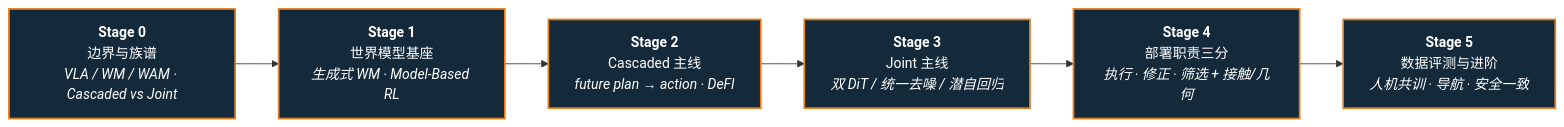
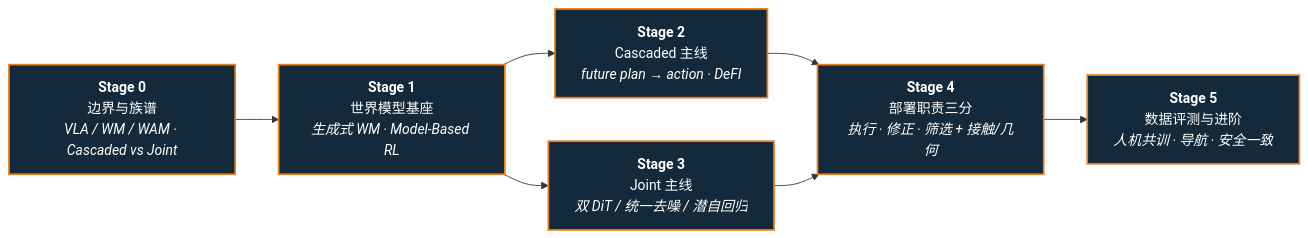
The diagram in roadmap/depth-wam.md (ImChong/Robotics_Notebooks), drawn with Mermaid before and after one commit. The commit also changed other lines of this file and 20 other files, not shown here.

First line of the commit message:
docs(roadmap): 校正学习依赖与模型分类并补齐近期知识入口

````diff
--- a/roadmap/depth-wam.md
+++ b/roadmap/depth-wam.md
@@ -11,14 +11,17 @@
 ```mermaid
 flowchart LR
   S0["<b>Stage 0</b><br/>边界与族谱<br/><em>VLA / WM / WAM · Cascaded vs Joint</em>"]
   S1["<b>Stage 1</b><br/>世界模型基座<br/><em>生成式 WM · Model-Based RL</em>"]
   S2["<b>Stage 2</b><br/>Cascaded 主线<br/><em>future plan → action · DeFI</em>"]
   S3["<b>Stage 3</b><br/>Joint 主线<br/><em>双 DiT / 统一去噪 / 潜自回归</em>"]
   S4["<b>Stage 4</b><br/>部署职责三分<br/><em>执行 · 修正 · 筛选 + 接触/几何</em>"]
   S5["<b>Stage 5</b><br/>数据评测与进阶<br/><em>人机共训 · 导航 · 安全一致</em>"]
 
-  S0 --> S1 --> S2 --> S3 --> S4 --> S5
+  S0 --> S1
+  S1 --> S2 --> S4
+  S1 --> S3 --> S4
+  S4 --> S5
 
   classDef stage fill:#142a3a,stroke:#e67e22,stroke-width:2px,color:#fff
   class S0,S1,S2,S3,S4,S5 stage
 ```
````
